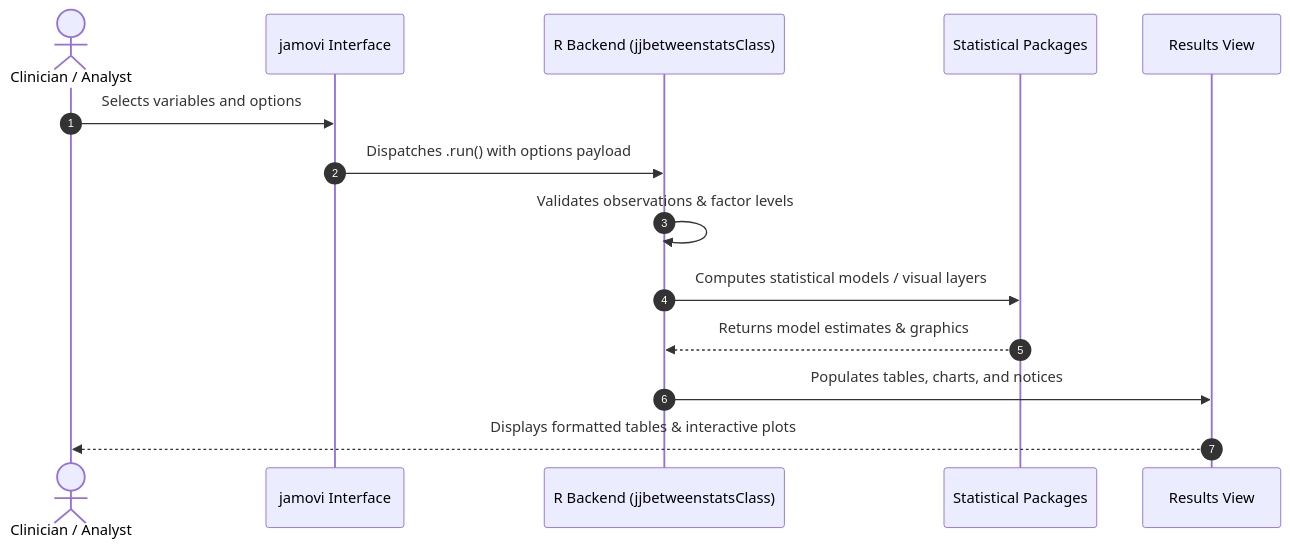
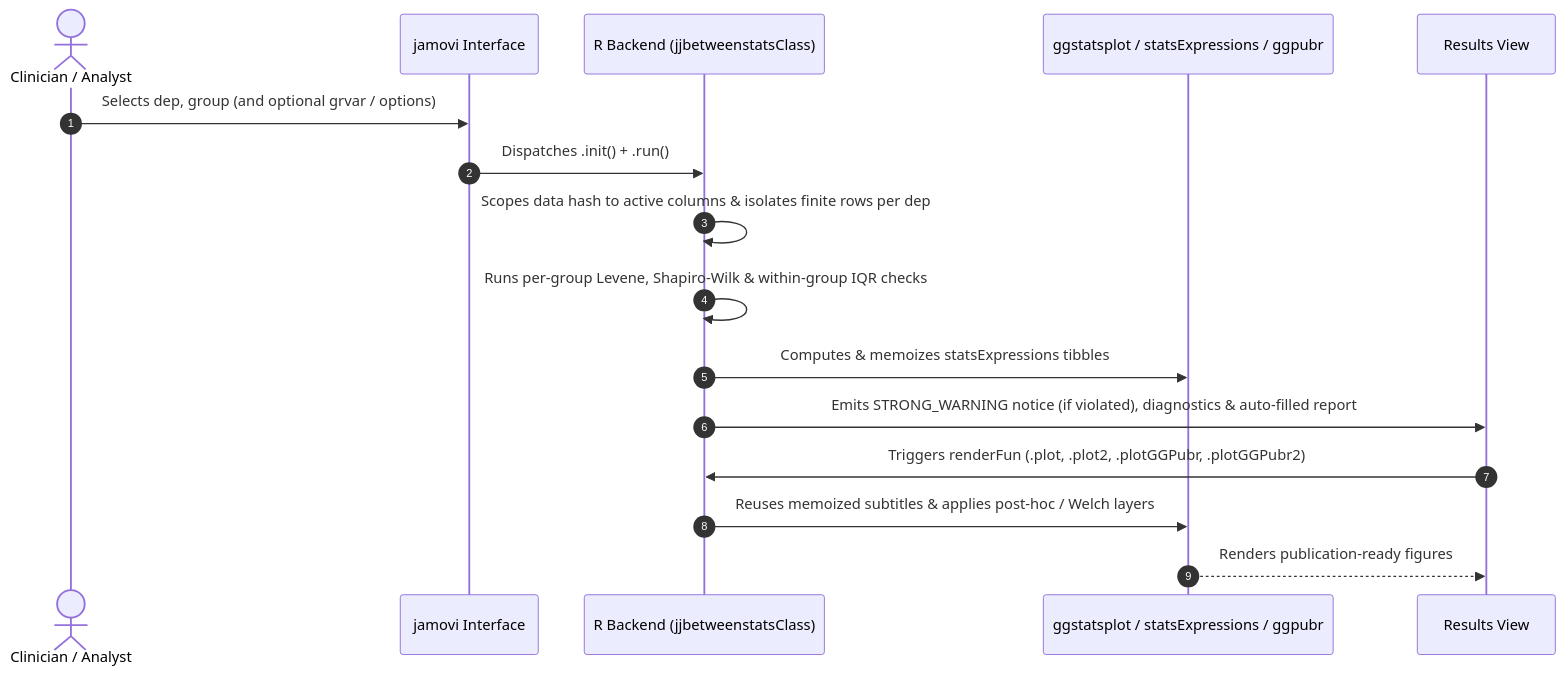
One commit to sbalci/ClinicoPathJamoviModule changed the second of 2 diagrams in vignettes/jjbetweenstats-documentation.md. Above: the diagram before and after it, drawn with Mermaid. The commit also changed other lines of this file and 34 other files, not shown here.

````diff
--- a/vignettes/jjbetweenstats-documentation.md
+++ b/vignettes/jjbetweenstats-documentation.md
@@ -112,17 +115,19 @@
 ```mermaid
 sequenceDiagram
   autonumber
   actor User as Clinician / Analyst
   participant UI as jamovi Interface
   participant Backend as R Backend (jjbetweenstatsClass)
-  participant Engine as Statistical Packages
+  participant Engine as ggstatsplot / statsExpressions / ggpubr
   participant Results as Results View
 
-  User->>UI: Selects variables and options
-  UI->>Backend: Dispatches .run() with options payload
-  Backend->>Backend: Validates observations & factor levels
-  Backend->>Engine: Computes statistical models / visual layers
-  Engine-->>Backend: Returns model estimates & graphics
-  Backend->>Results: Populates tables, charts, and notices
-  Results-->>User: Displays formatted tables & interactive plots
+  User->>UI: Selects dep, group (and optional grvar / options)
+  UI->>Backend: Dispatches .init() + .run()
+  Backend->>Backend: Scopes data hash to active columns & isolates finite rows per dep
+  Backend->>Backend: Runs per-group Levene, Shapiro-Wilk & within-group IQR checks
+  Backend->>Engine: Computes & memoizes statsExpressions tibbles
+  Backend->>Results: Emits STRONG_WARNING notice (if violated), diagnostics & auto-filled report
+  Results->>Backend: Triggers renderFun (.plot, .plot2, .plotGGPubr, .plotGGPubr2)
+  Backend->>Engine: Reuses memoized subtitles & applies post-hoc / Welch layers
+  Engine-->>Results: Renders publication-ready figures
 ```
````
